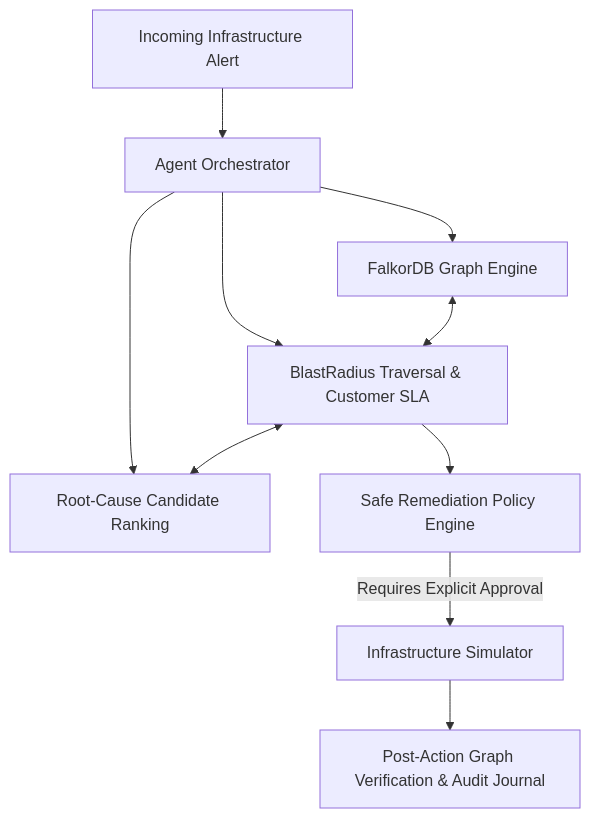
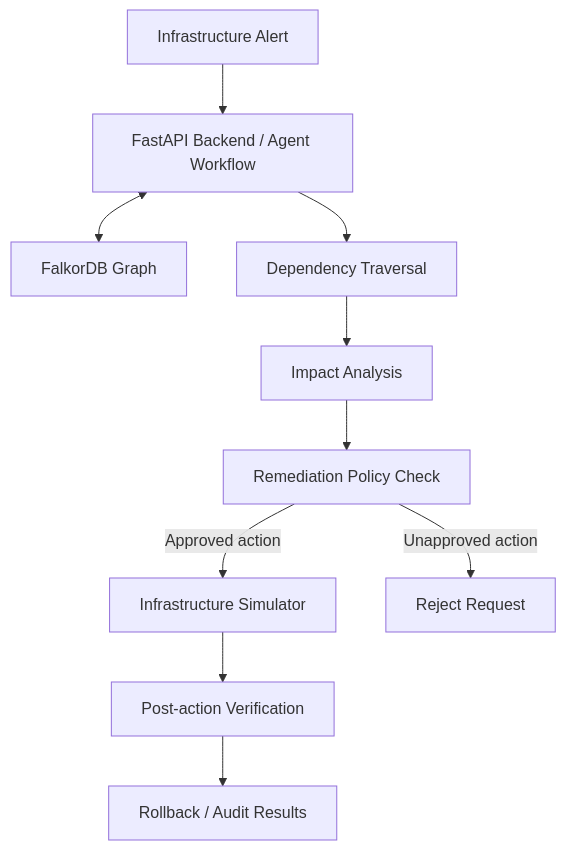
One commit to Yashika-code/blastRadius changed the diagram in README.md. Above: the diagram before and after it, drawn with Mermaid. The commit also changed other lines of this file, not shown here.

Commit message:
Update README with verified documentation, live demo link, and architecture audit

````diff
--- a/README.md
+++ b/README.md
@@ -34,12 +37,12 @@
 ```mermaid
 flowchart TD
-    A[Incoming Infrastructure Alert] --> B[Agent Orchestrator]
-    B --> C[FalkorDB Graph Engine]
-    B --> D[BlastRadius Traversal & Customer SLA]
-    B --> E[Root-Cause Candidate Ranking]
-    C <--> D
-    D <--> E
-    D --> F[Safe Remediation Policy Engine]
-    F -->|Requires Explicit Approval| G[Infrastructure Simulator]
-    G --> H[Post-Action Graph Verification & Audit Journal]
+    A[Infrastructure Alert] --> B[FastAPI Backend / Agent Workflow]
+    B <--> C[FalkorDB Graph]
+    B --> D[Dependency Traversal]
+    D --> E[Impact Analysis]
+    E --> F[Remediation Policy Check]
+    F -->|Approved action| G[Infrastructure Simulator]
+    F -->|Unapproved action| H[Reject Request]
+    G --> I[Post-action Verification]
+    I --> J[Rollback / Audit Results]
 ```
````
